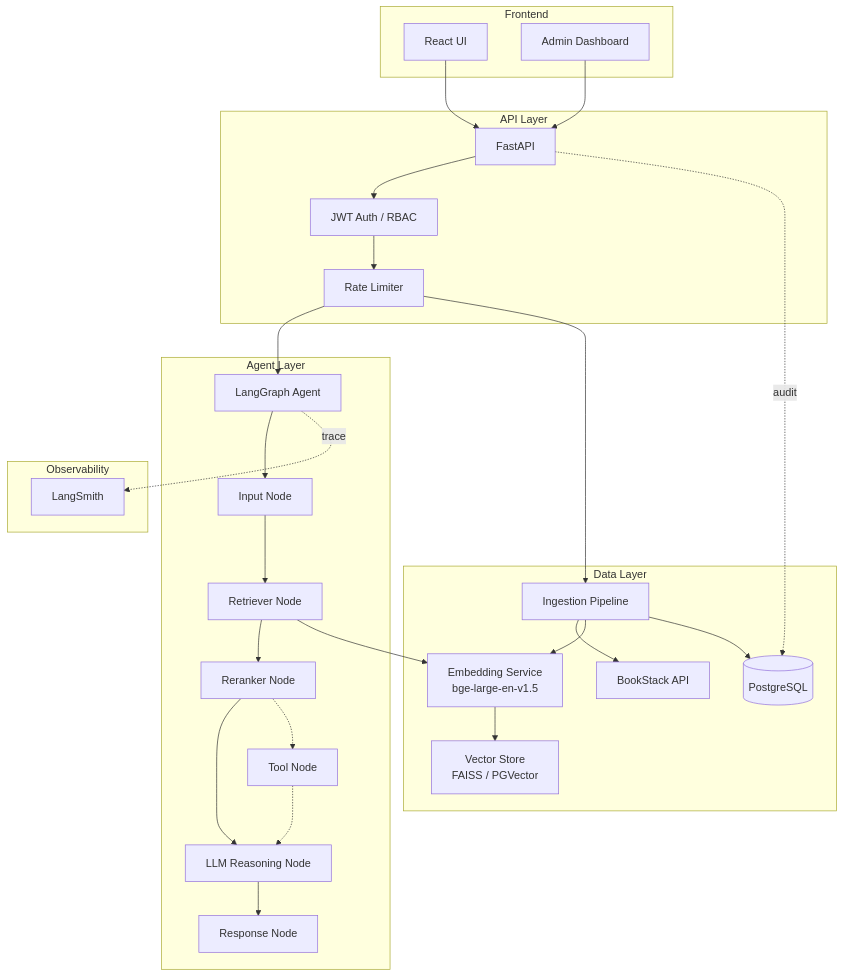
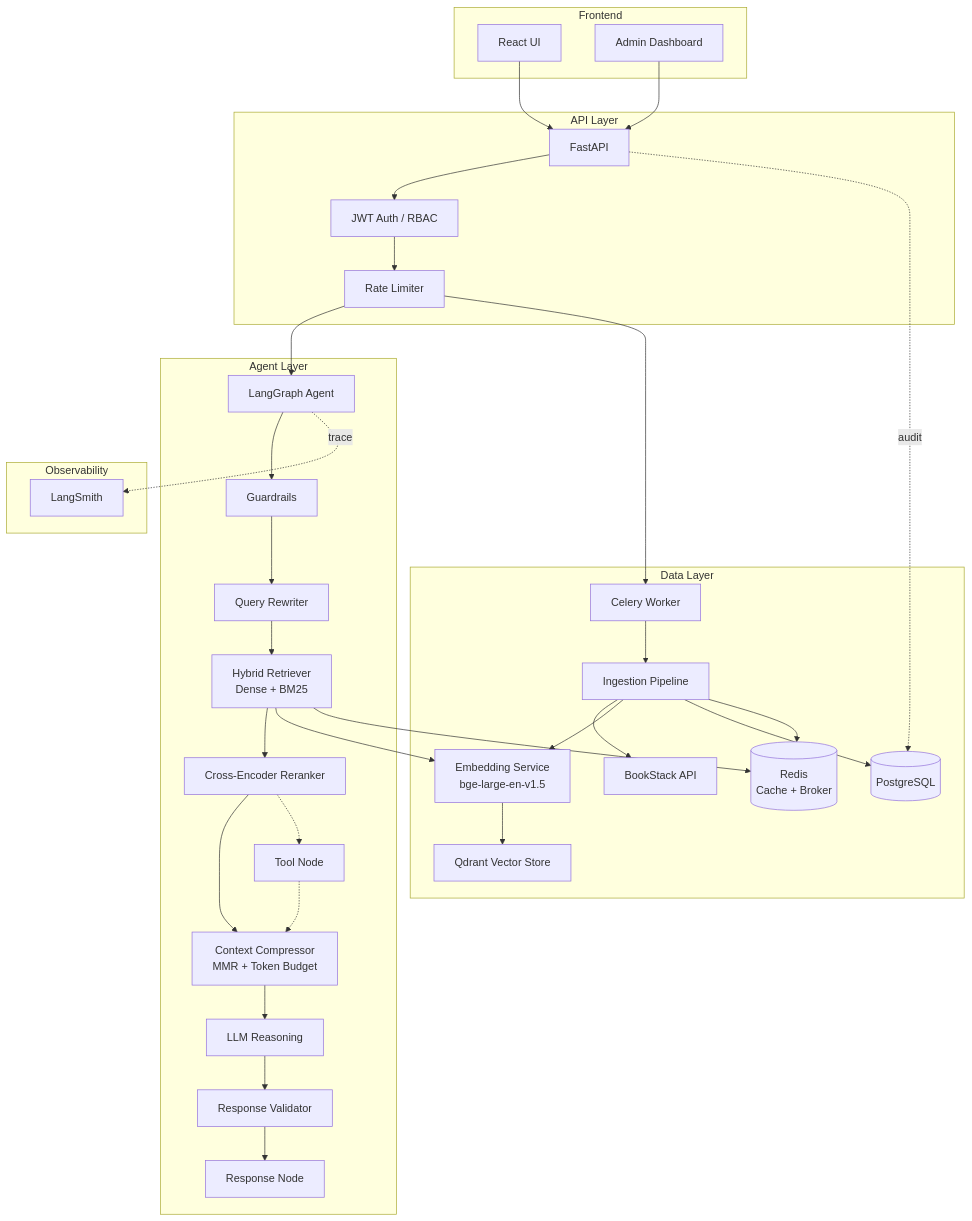
One commit to Jithendhar18/bookstack-rag-agent changed the first of 3 diagrams in README.md. Above: the diagram before and after it, drawn with Mermaid. The commit also changed other lines of this file and 21 other files, not shown here.

First line of the commit message:
feat: Implement Redis caching layer for query results and retrievals

````diff
--- a/README.md
+++ b/README.md
@@ -7,52 +7,59 @@
 ```mermaid
 graph TB
     subgraph "Frontend"
         UI[React UI]
         AdminUI[Admin Dashboard]
     end
 
     subgraph "API Layer"
         FW[FastAPI]
         AUTH[JWT Auth / RBAC]
         RL[Rate Limiter]
     end
 
     subgraph "Agent Layer"
         LG[LangGraph Agent]
-        IN[Input Node]
-        RET[Retriever Node]
-        RR[Reranker Node]
-        LLM[LLM Reasoning Node]
+        GRD[Guardrails]
+        QRW[Query Rewriter]
+        HYB[Hybrid Retriever<br/>Dense + BM25]
+        RR[Cross-Encoder Reranker]
+        CC[Context Compressor<br/>MMR + Token Budget]
+        LLM[LLM Reasoning]
+        VAL[Response Validator]
         TOOL[Tool Node]
         RESP[Response Node]
     end
 
     subgraph "Data Layer"
         BS[BookStack API]
+        CW[Celery Worker]
         IP[Ingestion Pipeline]
         EMB[Embedding Service<br/>bge-large-en-v1.5]
-        VS[Vector Store<br/>FAISS / PGVector]
+        VS[Qdrant Vector Store]
         PG[(PostgreSQL)]
+        RD[(Redis<br/>Cache + Broker)]
     end
 
     subgraph "Observability"
         LS[LangSmith]
     end
 
     UI --> FW
     AdminUI --> FW
     FW --> AUTH --> RL
     RL --> LG
-    RL --> IP
+    RL --> CW
 
-    LG --> IN --> RET --> RR --> LLM --> RESP
-    RR -.-> TOOL -.-> LLM
+    LG --> GRD --> QRW --> HYB --> RR --> CC --> LLM --> VAL --> RESP
+    RR -.-> TOOL -.-> CC
 
-    RET --> EMB --> VS
-    IP --> BS
+    HYB --> EMB --> VS
+    HYB --> RD
+    CW --> IP --> BS
     IP --> EMB
     IP --> PG
+    IP --> RD
 
     LG -.->|trace| LS
     FW -.->|audit| PG
 ```
````
